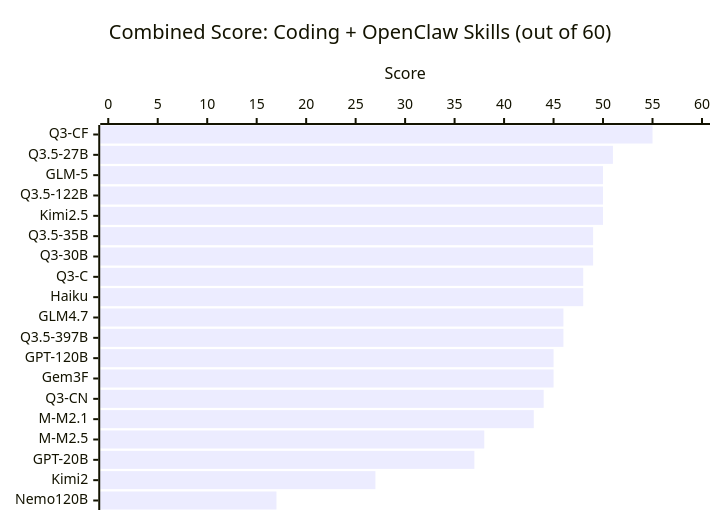
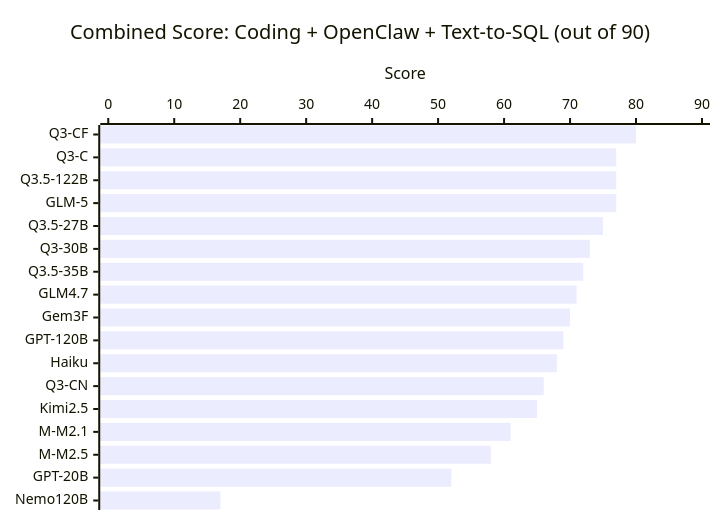
The first of 2 diagrams in README.md (ywchiu/local_agentic_llm), drawn with Mermaid before and after one commit. The commit also changed other lines of this file and 11 other files, not shown here.

First line of the commit message:
docs: add Group 3 Text-to-SQL results, update combined leaderboard to /90

````diff
--- a/README.md
+++ b/README.md
@@ -18,7 +18,7 @@
 ```mermaid
 xychart-beta horizontal
-    title "Combined Score: Coding + OpenClaw Skills (out of 60)"
-    x-axis ["Q3-CF", "Q3.5-27B", "GLM-5", "Q3.5-122B", "Kimi2.5", "Q3.5-35B", "Q3-30B", "Q3-C", "Haiku", "GLM4.7", "Q3.5-397B", "GPT-120B", "Gem3F", "Q3-CN", "M-M2.1", "M-M2.5", "GPT-20B", "Kimi2", "Nemo120B"]
-    y-axis "Score" 0 --> 60
-    bar [55, 51, 50, 50, 50, 49, 49, 48, 48, 46, 46, 45, 45, 44, 43, 38, 37, 27, 17]
+    title "Combined Score: Coding + OpenClaw + Text-to-SQL (out of 90)"
+    x-axis ["Q3-CF", "Q3-C", "Q3.5-122B", "GLM-5", "Q3.5-27B", "Q3-30B", "Q3.5-35B", "GLM4.7", "Gem3F", "GPT-120B", "Haiku", "Q3-CN", "Kimi2.5", "M-M2.1", "M-M2.5", "GPT-20B", "Nemo120B"]
+    y-axis "Score" 0 --> 90
+    bar [80, 77, 77, 77, 75, 73, 72, 71, 70, 69, 68, 66, 65, 61, 58, 52, 17]
 ```
````
